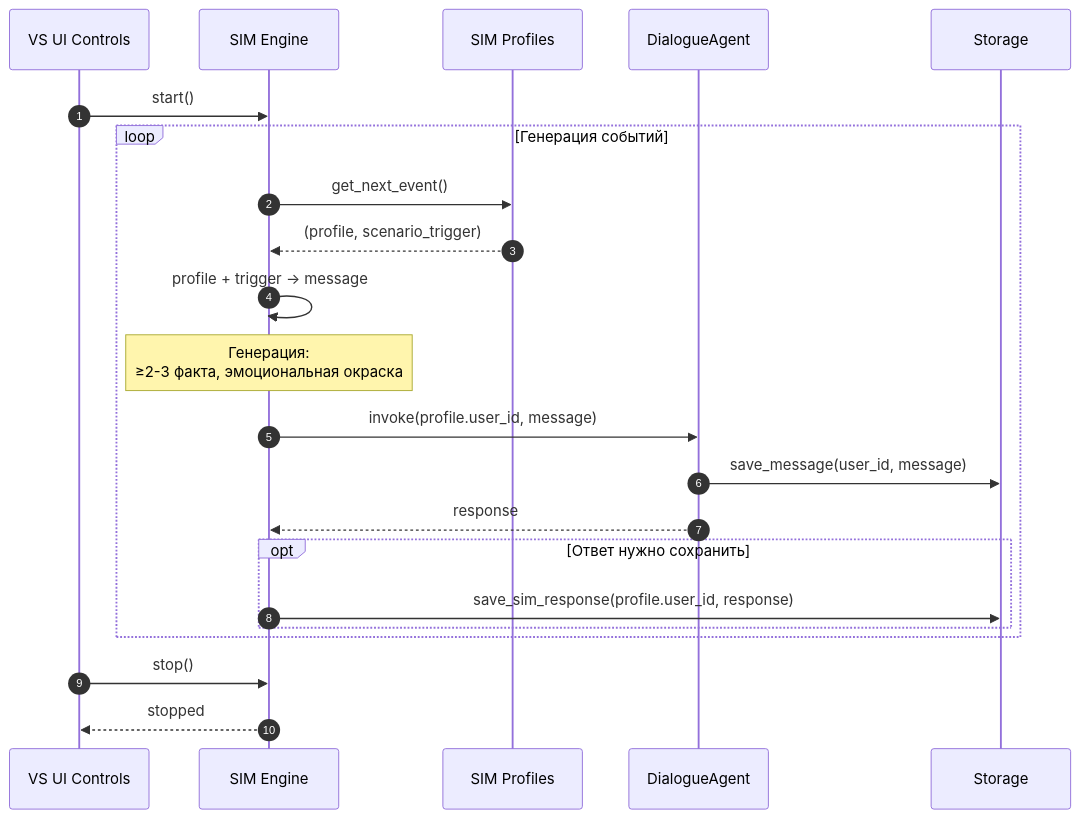
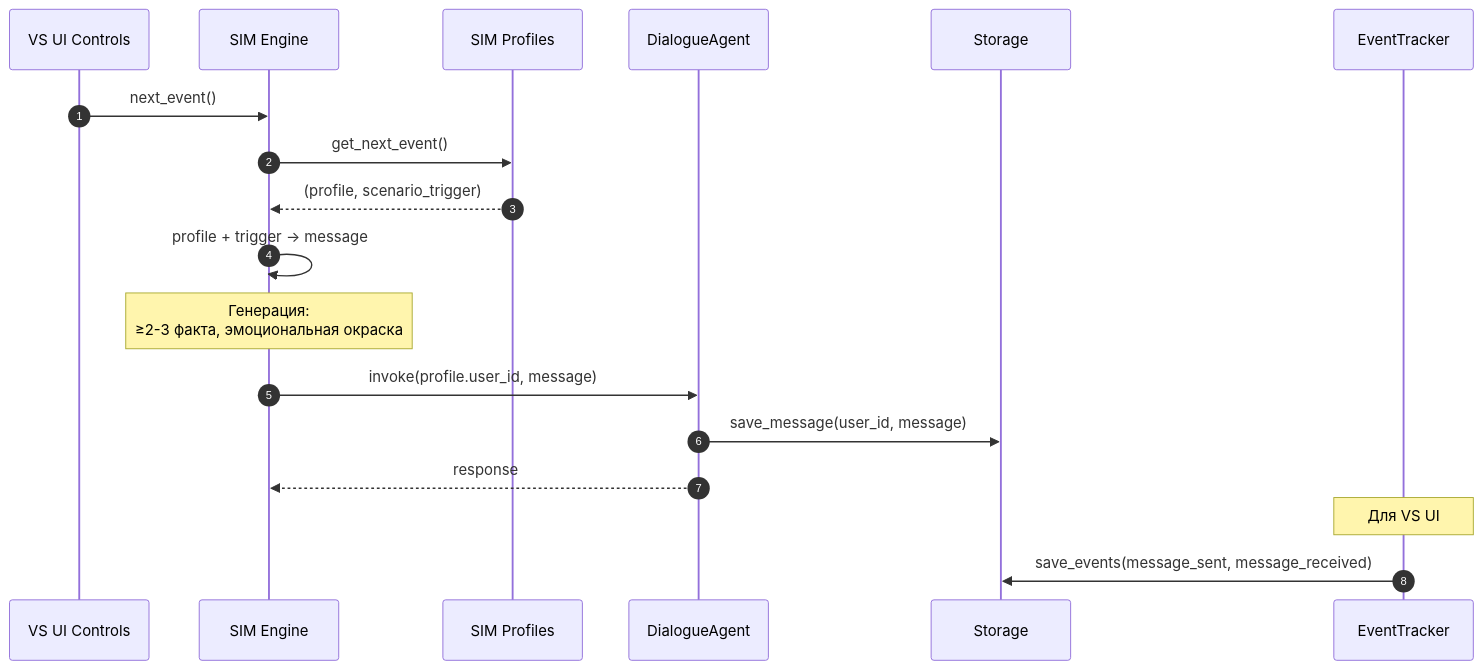
Before and after one commit to Dieugene/team-assistant: diagram 13 of 15 in 00_docs/architecture/runtime_architecture.md, drawn with Mermaid. The commit also changed other lines of this file, not shown here.

First line of the commit message:
Update runtime architecture

````diff
--- a/00_docs/architecture/runtime_architecture.md
+++ b/00_docs/architecture/runtime_architecture.md
@@ -396,30 +521,24 @@
 ```mermaid
 sequenceDiagram
     autonumber
     participant VS as VS UI Controls
     participant SIM as SIM Engine
     participant Profiles as SIM Profiles
     participant DA as DialogueAgent
     participant Storage as Storage
+    participant ET as EventTracker
 
-    VS->>SIM: start()
+    VS->>SIM: next_event()
+    SIM->>Profiles: get_next_event()
+    Profiles-->>SIM: (profile, scenario_trigger)
 
-    loop Генерация событий
-        SIM->>Profiles: get_next_event()
-        Profiles-->>SIM: (profile, scenario_trigger)
+    SIM->>SIM: profile + trigger → message
+    Note over SIM: Генерация:<br/>≥2-3 факта, эмоциональная окраска
 
-        SIM->>SIM: profile + trigger → message
-        Note over SIM: Генерация:<br/>≥2-3 факта, эмоциональная окраска
+    SIM->>DA: invoke(profile.user_id, message)
+    DA->>Storage: save_message(user_id, message)
+    DA-->>SIM: response
 
-        SIM->>DA: invoke(profile.user_id, message)
-        DA->>Storage: save_message(user_id, message)
-        DA-->>SIM: response
-
-        opt Ответ нужно сохранить
-            SIM->>Storage: save_sim_response(profile.user_id, response)
-        end
-    end
-
-    VS->>SIM: stop()
-    SIM-->>VS: stopped
+    Note over ET: Для VS UI
+    ET->>Storage: save_events(message_sent, message_received)
 ```
````
